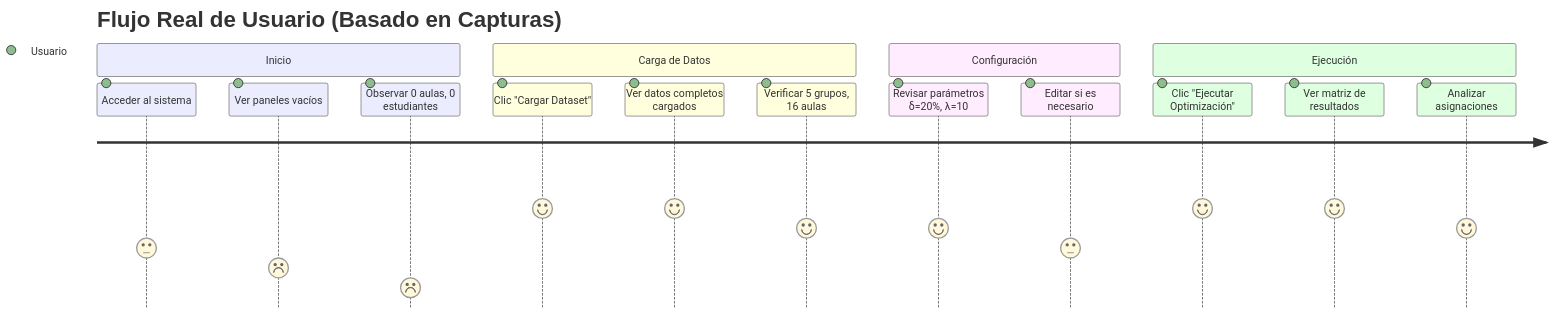
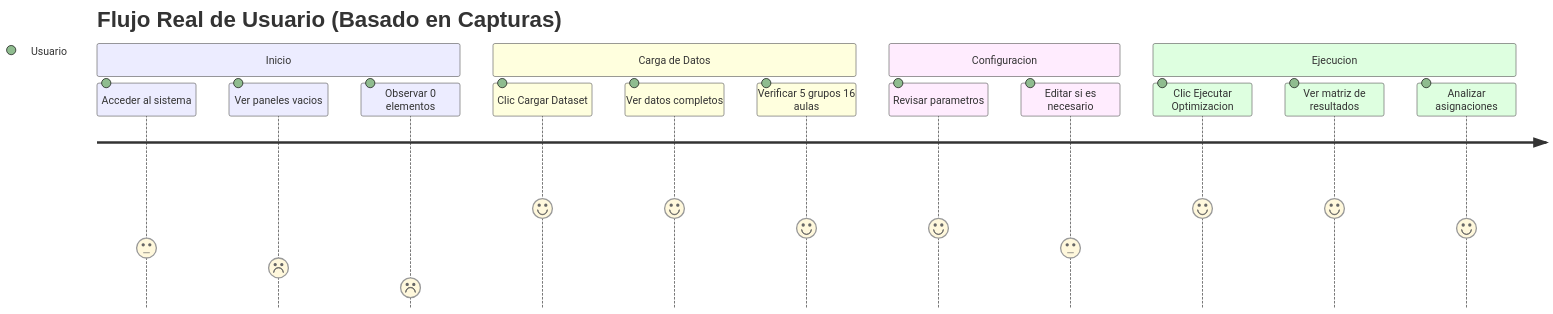
The fifth of 18 diagrams in GUIA_USUARIO.md (Job-Natanael-Contreras-Garzon/OptimizacionAulaIO1), drawn with Mermaid before and after one commit. The commit also changed other lines of this file, not shown here.

````diff
--- a/GUIA_USUARIO.md
+++ b/GUIA_USUARIO.md
@@ -184,19 +188,19 @@
 ```mermaid
 journey
     title Flujo Real de Usuario (Basado en Capturas)
     section Inicio
       Acceder al sistema: 3: Usuario
-      Ver paneles vacíos: 2: Usuario
-      Observar 0 aulas, 0 estudiantes: 1: Usuario
+      Ver paneles vacios: 2: Usuario
+      Observar 0 elementos: 1: Usuario
     section Carga de Datos
-      Clic "Cargar Dataset": 5: Usuario
-      Ver datos completos cargados: 5: Usuario
-      Verificar 5 grupos, 16 aulas: 4: Usuario
-    section Configuración
-      Revisar parámetros δ=20%, λ=10: 4: Usuario
+      Clic Cargar Dataset: 5: Usuario
+      Ver datos completos: 5: Usuario
+      Verificar 5 grupos 16 aulas: 4: Usuario
+    section Configuracion
+      Revisar parametros: 4: Usuario
       Editar si es necesario: 3: Usuario
-    section Ejecución
-      Clic "Ejecutar Optimización": 5: Usuario
+    section Ejecucion
+      Clic Ejecutar Optimizacion: 5: Usuario
       Ver matriz de resultados: 5: Usuario
       Analizar asignaciones: 4: Usuario
 ```
````
